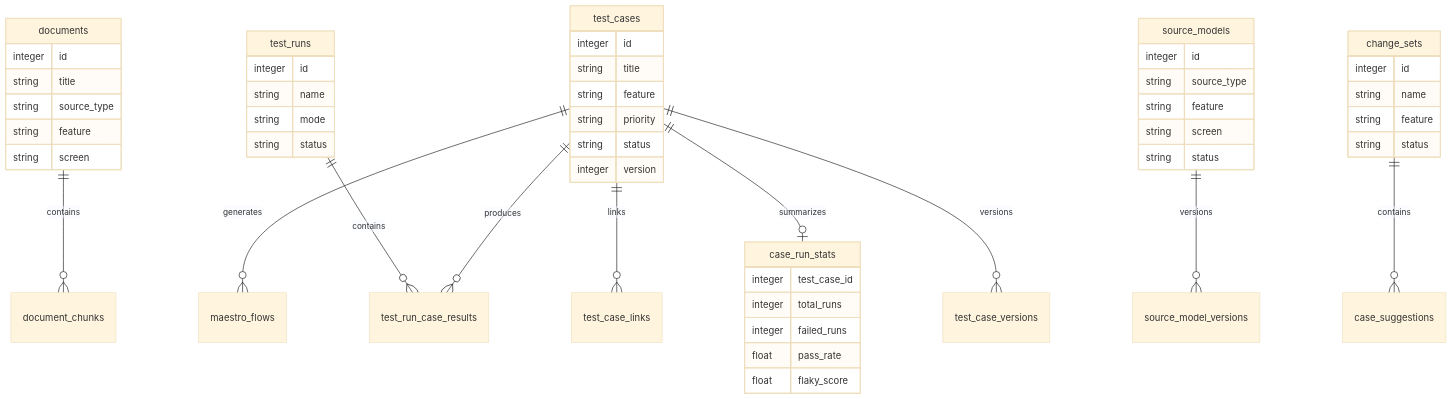
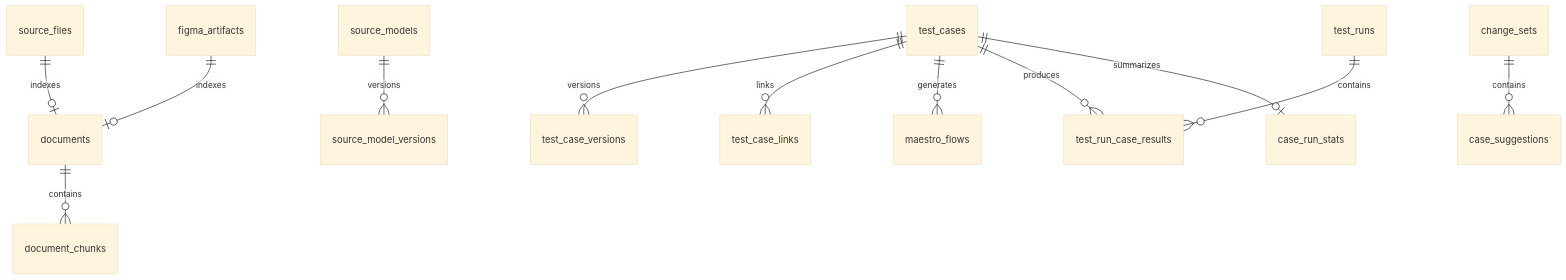
One commit to Campaignhatsecretin185/ai-design2test changed the fifth of 5 diagrams in DESIGN.md. Above: the diagram before and after it, drawn with Mermaid (base theme). The commit also changed other lines of this file and 1 other file, not shown here.

````diff
--- a/DESIGN.md
+++ b/DESIGN.md
@@ -1321,59 +362,14 @@
 ```mermaid
 erDiagram
   documents ||--o{ document_chunks : contains
+  source_files ||--o| documents : indexes
+  source_models ||--o{ source_model_versions : versions
+  figma_artifacts ||--o| documents : indexes
+  test_cases ||--o{ test_case_versions : versions
+  test_cases ||--o{ test_case_links : links
   test_cases ||--o{ maestro_flows : generates
   test_runs ||--o{ test_run_case_results : contains
   test_cases ||--o{ test_run_case_results : produces
-  test_cases ||--o{ test_case_links : links
   test_cases ||--o| case_run_stats : summarizes
-  source_models ||--o{ source_model_versions : versions
-  test_cases ||--o{ test_case_versions : versions
   change_sets ||--o{ case_suggestions : contains
-
-  documents {
-    integer id
-    string title
-    string source_type
-    string feature
-    string screen
-  }
-
-  test_cases {
-    integer id
-    string title
-    string feature
-    string priority
-    string status
-    integer version
-  }
-
-  test_runs {
-    integer id
-    string name
-    string mode
-    string status
-  }
-
-  case_run_stats {
-    integer test_case_id
-    integer total_runs
-    integer failed_runs
-    float pass_rate
-    float flaky_score
-  }
-
-  source_models {
-    integer id
-    string source_type
-    string feature
-    string screen
-    string status
-  }
-
-  change_sets {
-    integer id
-    string name
-    string feature
-    string status
-  }
 ```
````
